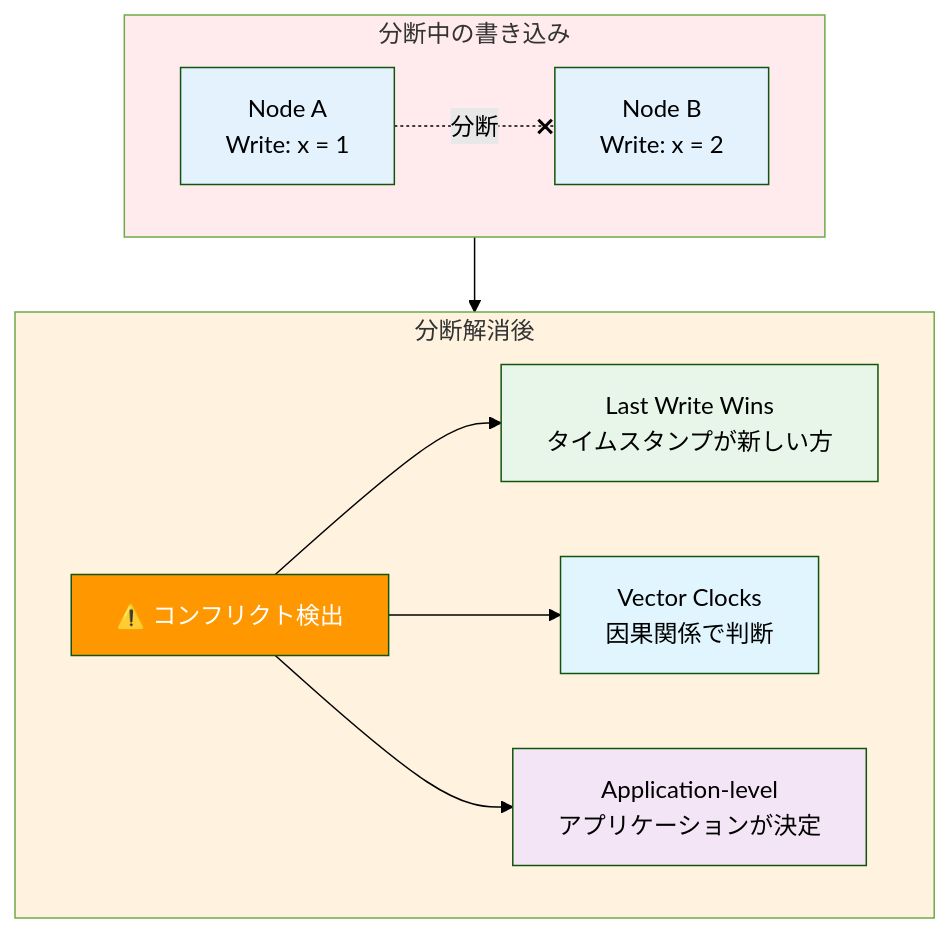
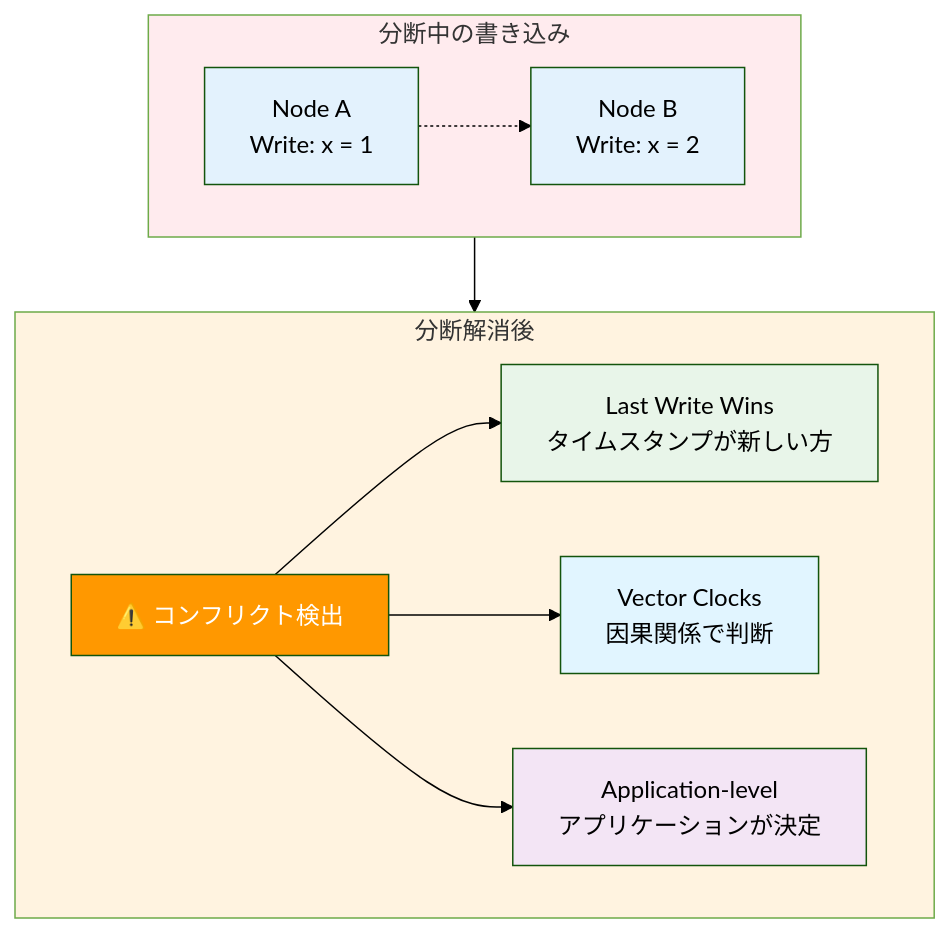
One commit to yasuhisa1984/blog changed diagram 19 of 19 in content/posts/cap-theorem-complete-guide.md. Above: the diagram before and after it, drawn with Mermaid (forest theme). The commit also changed other lines of this file, not shown here.

First line of the commit message:
fix: CAP定理記事のMermaid v11構文エラーを修正

````diff
--- a/content/posts/cap-theorem-complete-guide.md
+++ b/content/posts/cap-theorem-complete-guide.md
@@ -750,30 +733,30 @@
 ```mermaid
 graph TB
     subgraph During["分断中の書き込み"]
         NodeA["Node A<br/>Write: x = 1"]
         NodeB["Node B<br/>Write: x = 2"]
-        NodeA -.-x|分断| NodeB
+        NodeA -.-> NodeB
     end
 
     subgraph After["分断解消後"]
         Conflict["⚠️ コンフリクト検出"]
         LWW["Last Write Wins<br/>タイムスタンプが新しい方"]
         VC["Vector Clocks<br/>因果関係で判断"]
         App["Application-level<br/>アプリケーションが決定"]
 
         Conflict --> LWW
         Conflict --> VC
         Conflict --> App
     end
 
     During --> After
 
     style During fill:#ffebee
     style After fill:#fff3e0
     style NodeA fill:#e3f2fd
     style NodeB fill:#e3f2fd
     style Conflict fill:#ff9800,color:#fff
     style LWW fill:#e8f5e9
     style VC fill:#e1f5ff
     style App fill:#f3e5f5
 ```
````
